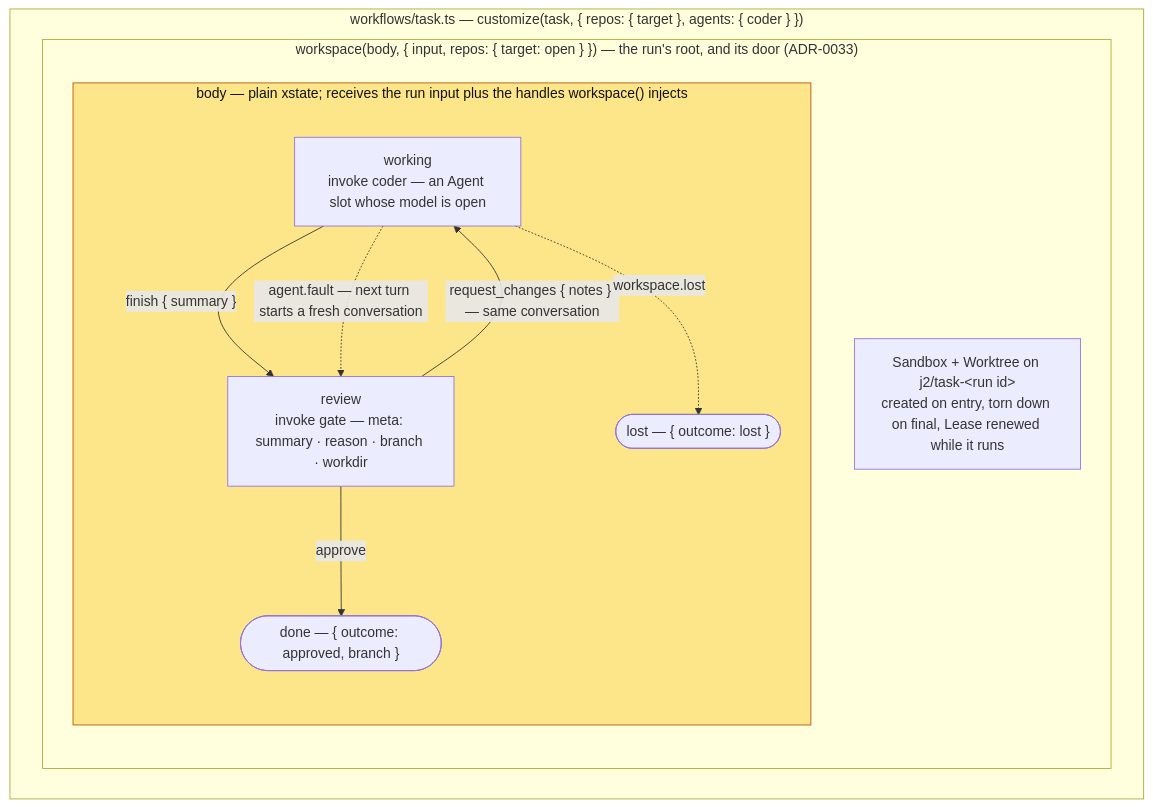
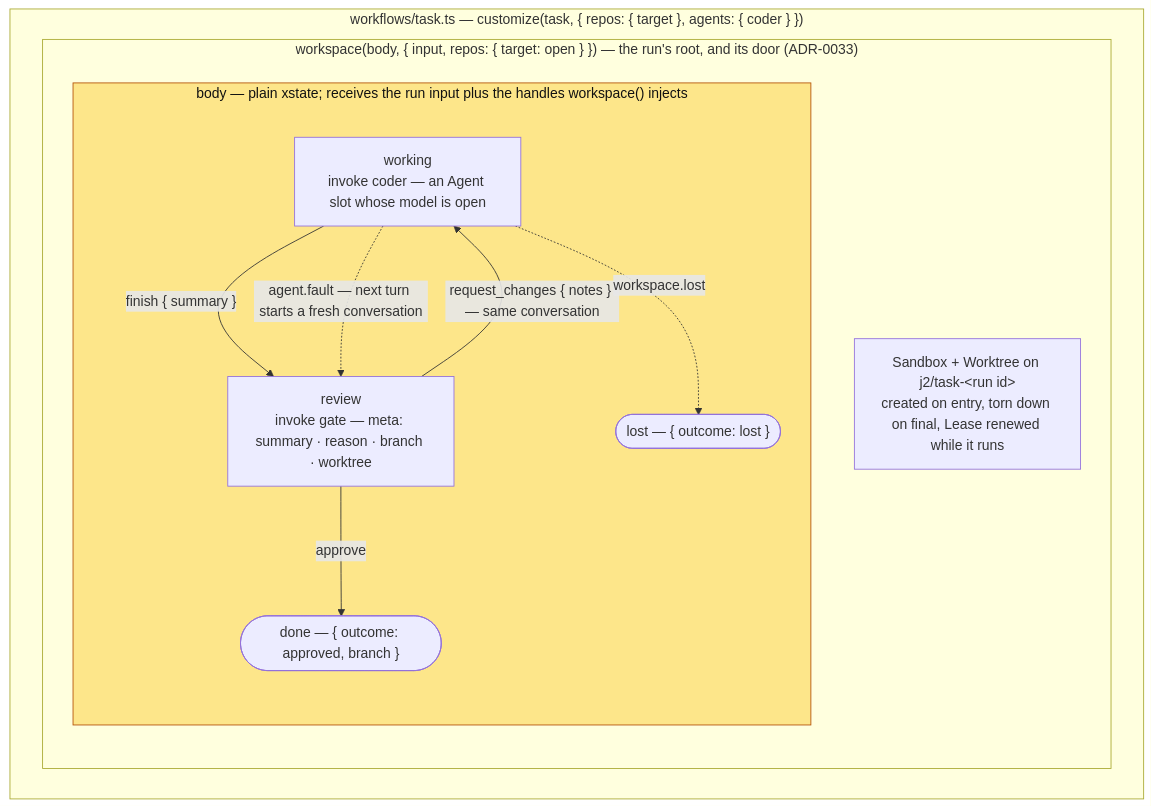
The fourth of 4 diagrams in docs/architecture.md (snapwich/jr2), drawn with Mermaid before and after one commit. The commit also changed 21 other files, not shown here.

````diff
--- a/docs/architecture.md
+++ b/docs/architecture.md
@@ -242,21 +242,21 @@
 ```mermaid
 flowchart TB
   subgraph consumer["workflows/task.ts — customize(task, { repos: { target }, agents: { coder } })"]
     subgraph ws["workspace(body, { input, repos: { target: open } }) — the run's root, and its door (ADR-0033)"]
       sbx["Sandbox + Worktree on j2/task-&lt;run id&gt;<br/>created on entry, torn down on final, Lease renewed while it runs"]
 
       subgraph body["body — plain xstate; receives the run input plus the handles workspace() injects"]
         direction TB
         working["working<br/>invoke coder — an Agent slot whose model is open"]
-        working -->|"finish { summary }"| review["review<br/>invoke gate — meta: summary · reason · branch · workdir"]
+        working -->|"finish { summary }"| review["review<br/>invoke gate — meta: summary · reason · branch · worktree"]
         working -.->|"agent.fault — next turn starts a fresh conversation"| review
         review -->|"request_changes { notes } — same conversation"| working
         review -->|approve| done(["done — { outcome: approved, branch }"])
         working -.->|workspace.lost| lost(["lost — { outcome: lost }"])
       end
     end
   end
 
   classDef author fill:#fde68a,stroke:#b45309,color:#111
   class body author
 ```
````
